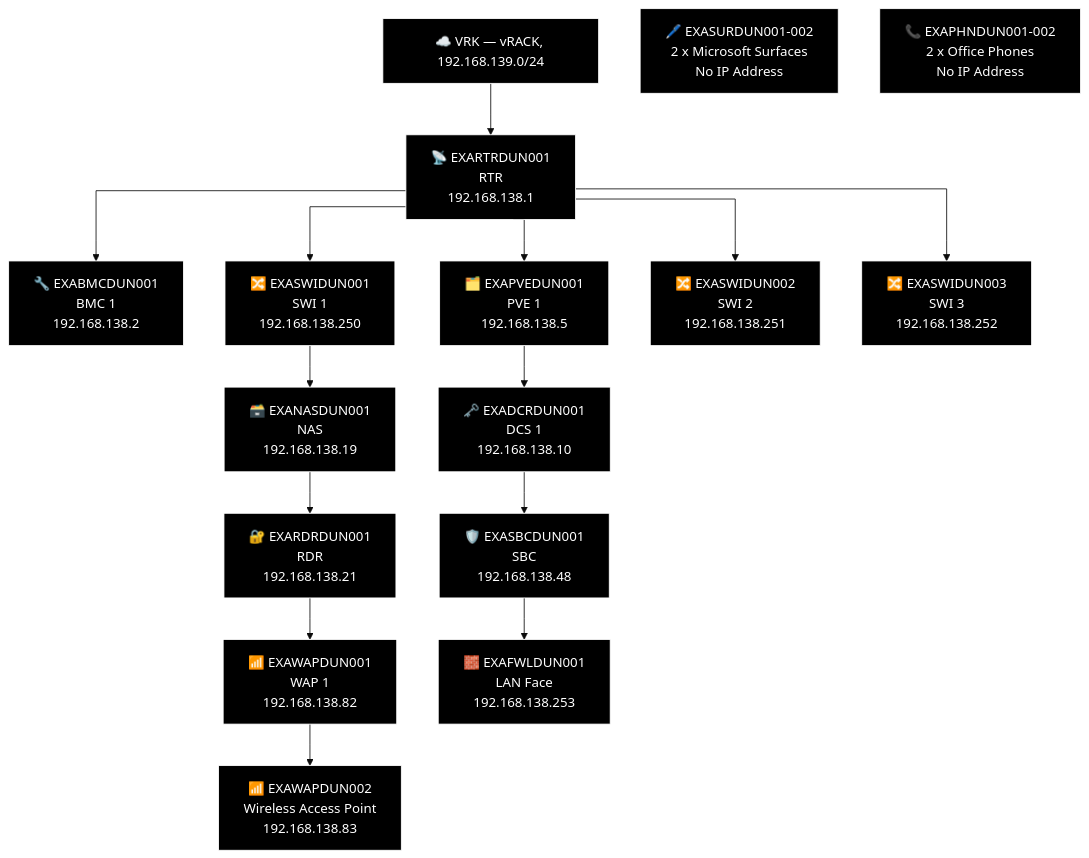
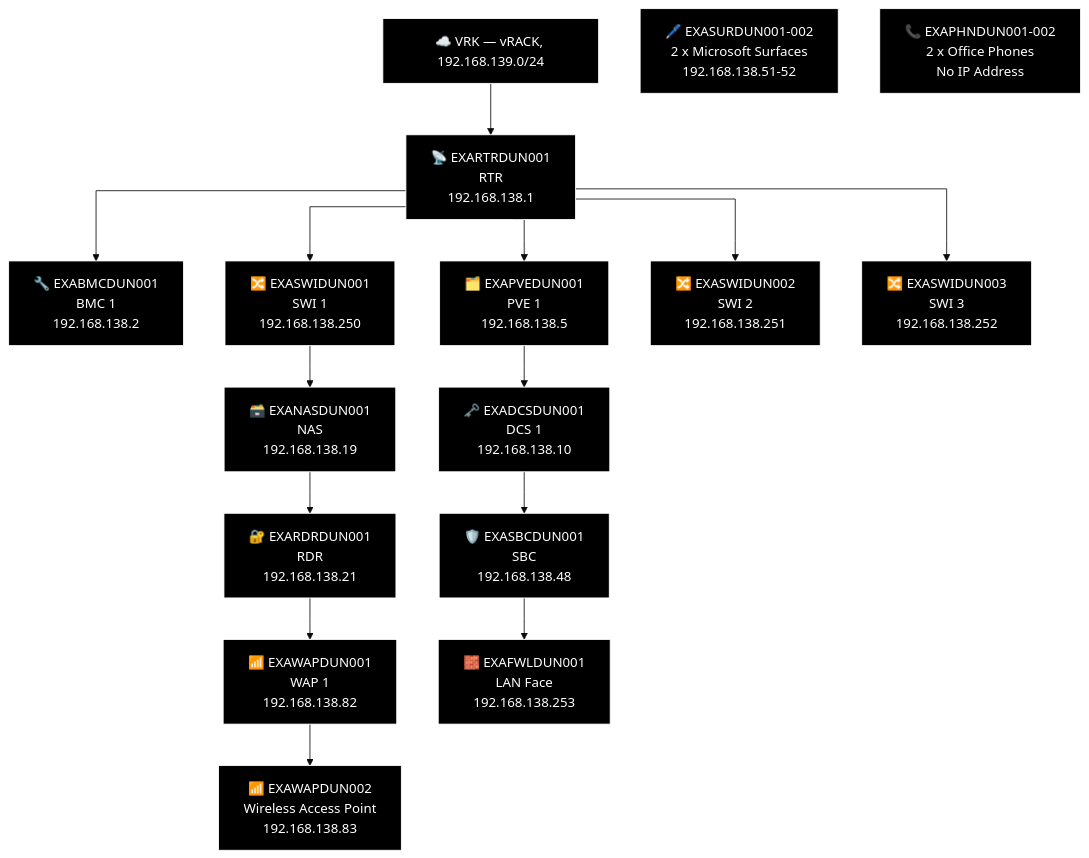
Before and after one commit to knightmare2600/example_music_infra: diagram 15 of 21 in docs/network-diagram/scotland.md, drawn with Mermaid (base theme). The commit also changed other lines of this file and 11 other files, not shown here.

````diff
--- a/docs/network-diagram/scotland.md
+++ b/docs/network-diagram/scotland.md
@@ -860,46 +860,46 @@
 ```mermaid
 %% GENERATED:TOPOLOGY:DUN:START
 %%{init: {'flowchart': {'curve': 'stepAfter'}}}%%
 graph TD
     T_VRK["☁️ VRK — vRACK, 192.168.139.0/24"]
     T_RTR["📡 EXARTRDUN001<br/>RTR<br/>192.168.138.1"]
     T_VRK --> T_RTR
     T_BMC["🔧 EXABMCDUN001<br/>BMC 1<br/>192.168.138.2"]
     T_RTR --> T_BMC
     T_PVE["🗂️ EXAPVEDUN001<br/>PVE 1<br/>192.168.138.5"]
     T_RTR --> T_PVE
     T_SWI["🔀 EXASWIDUN001<br/>SWI 1<br/>192.168.138.250"]
     T_RTR --> T_SWI
     T_SWI2["🔀 EXASWIDUN002<br/>SWI 2<br/>192.168.138.251"]
     T_RTR --> T_SWI2
     T_SWI3["🔀 EXASWIDUN003<br/>SWI 3<br/>192.168.138.252"]
     T_RTR --> T_SWI3
     T_NAS["🗃️ EXANASDUN001<br/>NAS<br/>192.168.138.19"]
     T_RDR["🔐 EXARDRDUN001<br/>RDR<br/>192.168.138.21"]
     T_WAP["📶 EXAWAPDUN001<br/>WAP 1<br/>192.168.138.82"]
     T_WAP2["📶 EXAWAPDUN002<br/>Wireless Access Point<br/>192.168.138.83"]
     T_SWI --> T_NAS --> T_RDR --> T_WAP --> T_WAP2
-    T_DCS["🗝️ EXADCRDUN001<br/>DCS 1<br/>192.168.138.10"]
+    T_DCS["🗝️ EXADCSDUN001<br/>DCS 1<br/>192.168.138.10"]
     T_SBC["🛡️ EXASBCDUN001<br/>SBC<br/>192.168.138.48"]
     T_FWL["🧱 EXAFWLDUN001<br/>LAN Face<br/>192.168.138.253"]
     T_PVE --> T_DCS --> T_SBC --> T_FWL
-    T_OTH_SUR["🖊️ EXASURDUN001-002<br/>2 x Microsoft Surfaces<br/>No IP Address"]
+    T_OTH_SUR["🖊️ EXASURDUN001-002<br/>2 x Microsoft Surfaces<br/>192.168.138.51-52"]
     T_OTH_PHN["📞 EXAPHNDUN001-002<br/>2 x Office Phones<br/>No IP Address"]
     style T_VRK fill:#000000,stroke:#FFFFFF,color:#FFFFFF
     style T_RTR fill:#000000,stroke:#FFFFFF,color:#FFFFFF
     style T_BMC fill:#000000,stroke:#FFFFFF,color:#FFFFFF
     style T_PVE fill:#000000,stroke:#FFFFFF,color:#FFFFFF
     style T_SWI fill:#000000,stroke:#FFFFFF,color:#FFFFFF
     style T_SWI2 fill:#000000,stroke:#FFFFFF,color:#FFFFFF
     style T_SWI3 fill:#000000,stroke:#FFFFFF,color:#FFFFFF
     style T_NAS fill:#000000,stroke:#FFFFFF,color:#FFFFFF
     style T_RDR fill:#000000,stroke:#FFFFFF,color:#FFFFFF
     style T_WAP fill:#000000,stroke:#FFFFFF,color:#FFFFFF
     style T_WAP2 fill:#000000,stroke:#FFFFFF,color:#FFFFFF
     style T_DCS fill:#000000,stroke:#FFFFFF,color:#FFFFFF
     style T_SBC fill:#000000,stroke:#FFFFFF,color:#FFFFFF
     style T_FWL fill:#000000,stroke:#FFFFFF,color:#FFFFFF
     style T_OTH_SUR fill:#000000,stroke:#FFFFFF,color:#FFFFFF
     style T_OTH_PHN fill:#000000,stroke:#FFFFFF,color:#FFFFFF
 %% GENERATED:TOPOLOGY:DUN:END
 ```
````
